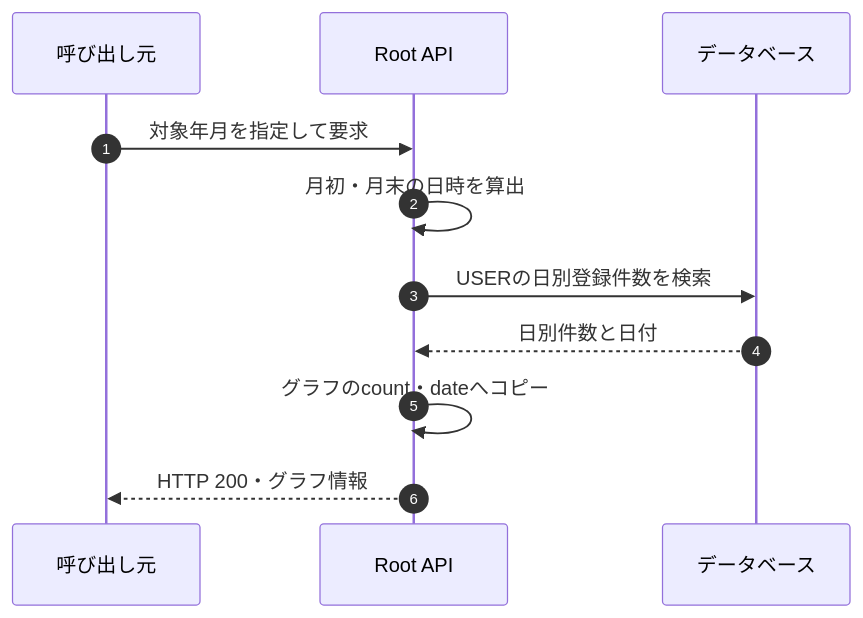
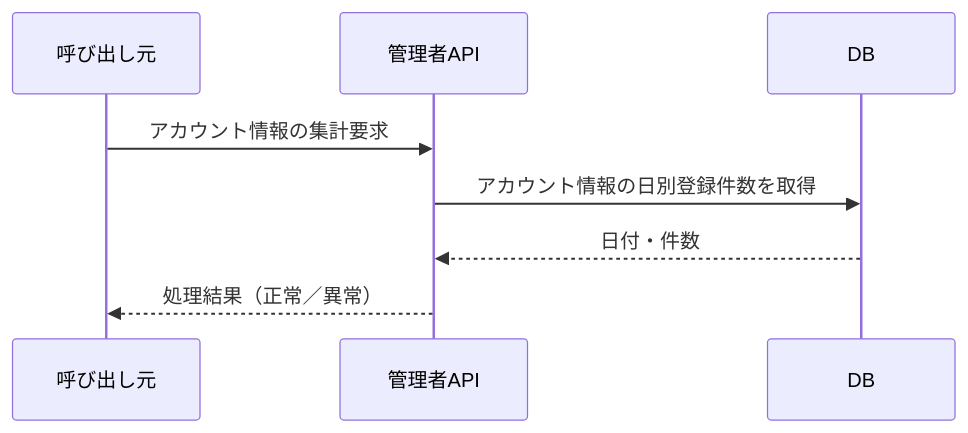
One commit to kohei-okazaki/work-3g changed the first of 2 diagrams in ha-docs/design/05_rootapi/設計書_5.9.3.Top情報アカウント情報取得API.md. Above: the diagram before and after it, drawn with Mermaid. The commit also changed other lines of this file and 67 other files, not shown here.

````diff
--- a/ha-docs/design/05_rootapi/設計書_5.9.3.Top情報アカウント情報取得API.md
+++ b/ha-docs/design/05_rootapi/設計書_5.9.3.Top情報アカウント情報取得API.md
@@ -83,13 +10,10 @@
 ```mermaid
 sequenceDiagram
-    autonumber
-    participant Client as 呼び出し元
-    participant API as Root API
-    participant DB as データベース
-    Client->>API: 対象年月を指定して要求
-    API->>API: 月初・月末の日時を算出
-    API->>DB: USERの日別登録件数を検索
-    DB-->>API: 日別件数と日付
-    API->>API: グラフのcount・dateへコピー
-    API-->>Client: HTTP 200・グラフ情報
+    participant C as 呼び出し元
+    participant A as 管理者API
+    participant D as DB
+    C->>A: アカウント情報の集計要求
+    A->>D: アカウント情報の日別登録件数を取得
+    D-->>A: 日付・件数
+    A-->>C: 処理結果（正常／異常）
 ```
````
